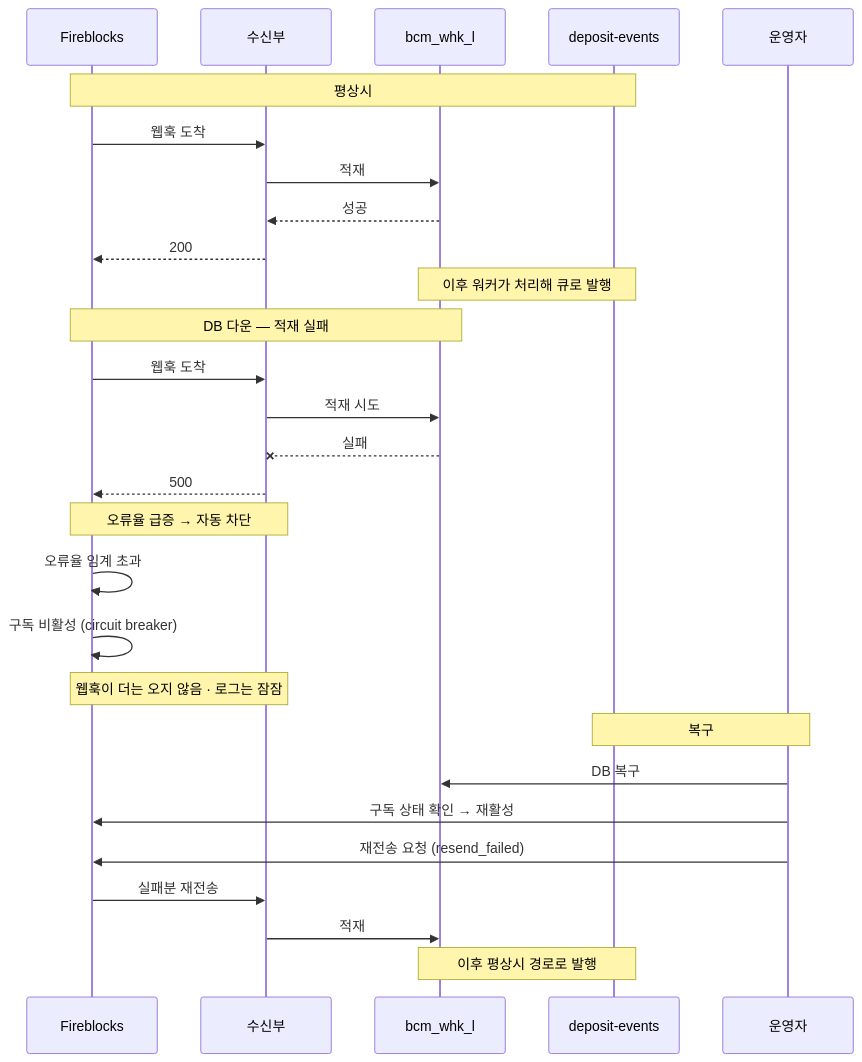
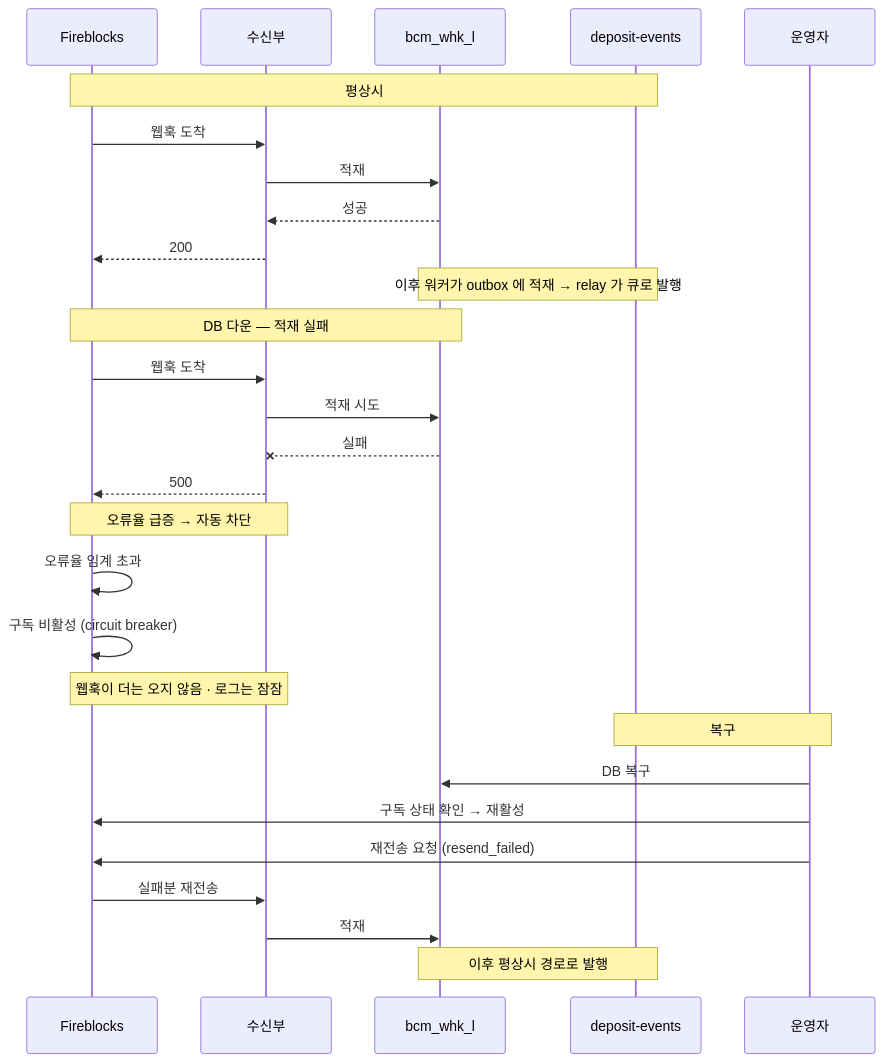
Before and after one commit to eunsujeo/eunpus: the third of 4 diagrams in blockchain-manager/docs/BC/설계/99-detection-detail.md, drawn with Mermaid. The commit also changed other lines of this file and 9 other files, not shown here.

````diff
--- a/blockchain-manager/docs/BC/설계/99-detection-detail.md
+++ b/blockchain-manager/docs/BC/설계/99-detection-detail.md
@@ -181,34 +211,34 @@
 ```mermaid
 sequenceDiagram
   participant F as Fireblocks
   participant R as 수신부
   participant B as bcm_whk_l
   participant Q as deposit-events
   participant OP as 운영자
 
   Note over F,Q: 평상시
   F->>R: 웹훅 도착
   R->>B: 적재
   B-->>R: 성공
   R-->>F: 200
-  Note over B,Q: 이후 워커가 처리해 큐로 발행
+  Note over B,Q: 이후 워커가 outbox 에 적재 → relay 가 큐로 발행
 
   Note over F,B: DB 다운 — 적재 실패
   F->>R: 웹훅 도착
   R->>B: 적재 시도
   B--xR: 실패
   R-->>F: 500
 
   Note over F,R: 오류율 급증 → 자동 차단
   F->>F: 오류율 임계 초과
   F->>F: 구독 비활성 (circuit breaker)
   Note over F,R: 웹훅이 더는 오지 않음 · 로그는 잠잠
 
   Note over OP,Q: 복구
   OP->>B: DB 복구
   OP->>F: 구독 상태 확인 → 재활성
   OP->>F: 재전송 요청 (resend_failed)
   F->>R: 실패분 재전송
   R->>B: 적재
   Note over B,Q: 이후 평상시 경로로 발행
 ```
````
